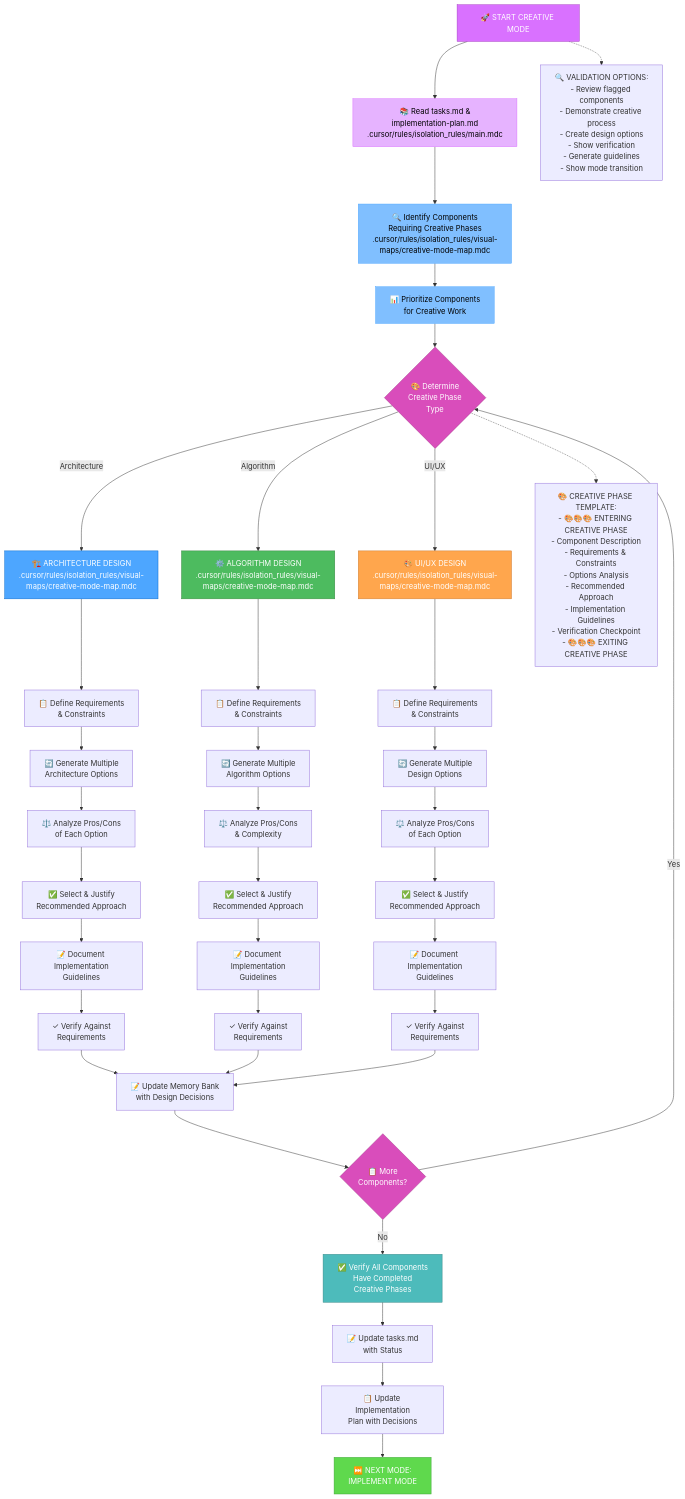
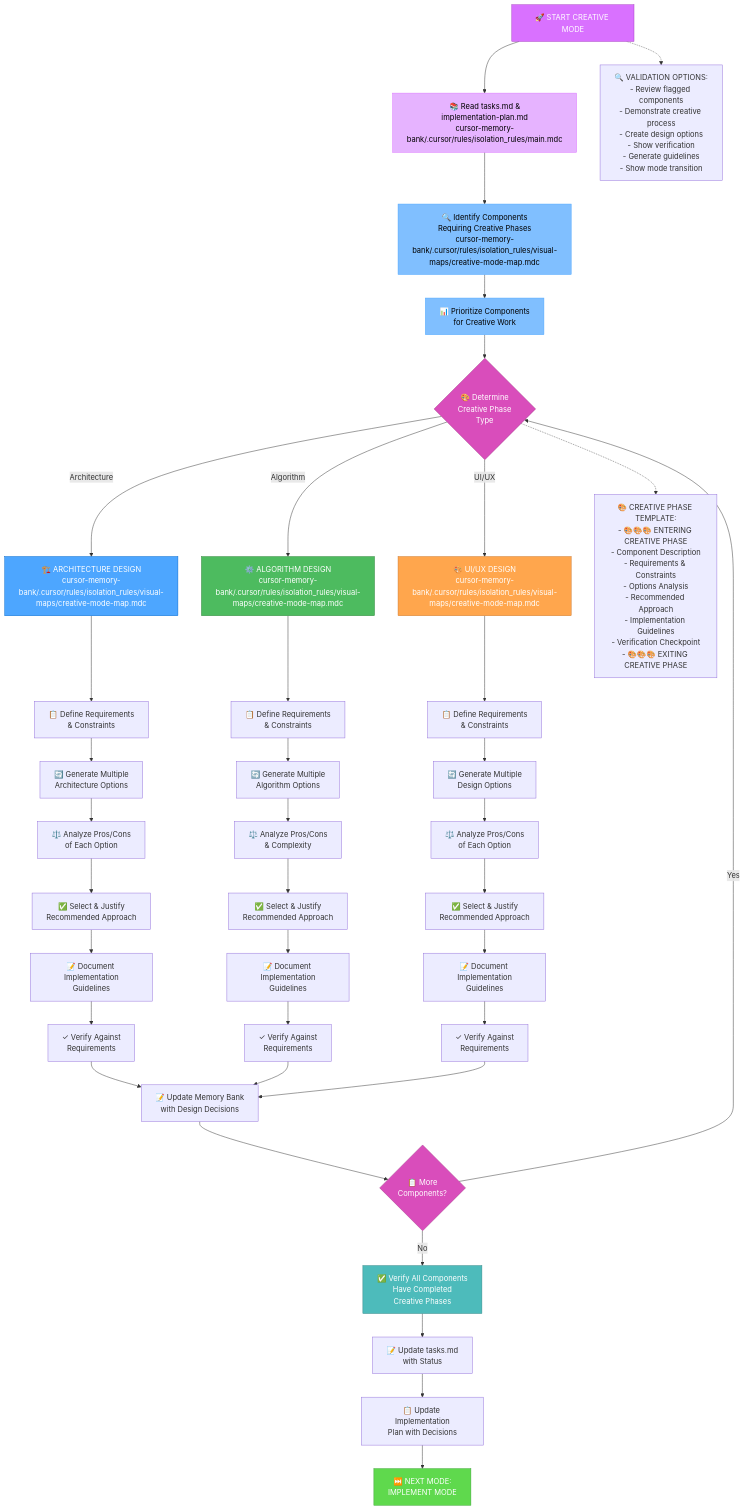
One commit to aeroalgo/robots changed the first of 6 diagrams in cursor-memory-bank/custom_modes/creative_instructions.md. Above: the diagram before and after it, drawn with Mermaid. The commit also changed other lines of this file and 20 other files, not shown here.

````diff
--- a/cursor-memory-bank/custom_modes/creative_instructions.md
+++ b/cursor-memory-bank/custom_modes/creative_instructions.md
@@ -5,70 +5,70 @@
 ```mermaid
 graph TD
-    Start["🚀 START CREATIVE MODE"] --> ReadTasks["📚 Read tasks.md &<br>implementation-plan.md<br>.cursor/rules/isolation_rules/main.mdc"]
+    Start["🚀 START CREATIVE MODE"] --> ReadTasks["📚 Read tasks.md &<br>implementation-plan.md<br>cursor-memory-bank/.cursor/rules/isolation_rules/main.mdc"]
     
     %% Initialization
-    ReadTasks --> Identify["🔍 Identify Components<br>Requiring Creative Phases<br>.cursor/rules/isolation_rules/visual-maps/creative-mode-map.mdc"]
+    ReadTasks --> Identify["🔍 Identify Components<br>Requiring Creative Phases<br>cursor-memory-bank/.cursor/rules/isolation_rules/visual-maps/creative-mode-map.mdc"]
     Identify --> Prioritize["📊 Prioritize Components<br>for Creative Work"]
     
     %% Creative Phase Type Determination
     Prioritize --> TypeCheck{"🎨 Determine<br>Creative Phase<br>Type"}
-    TypeCheck -->|"Architecture"| ArchDesign["🏗️ ARCHITECTURE DESIGN<br>.cursor/rules/isolation_rules/visual-maps/creative-mode-map.mdc"]
-    TypeCheck -->|"Algorithm"| AlgoDesign["⚙️ ALGORITHM DESIGN<br>.cursor/rules/isolation_rules/visual-maps/creative-mode-map.mdc"]
-    TypeCheck -->|"UI/UX"| UIDesign["🎨 UI/UX DESIGN<br>.cursor/rules/isolation_rules/visual-maps/creative-mode-map.mdc"]
+    TypeCheck -->|"Architecture"| ArchDesign["🏗️ ARCHITECTURE DESIGN<br>cursor-memory-bank/.cursor/rules/isolation_rules/visual-maps/creative-mode-map.mdc"]
+    TypeCheck -->|"Algorithm"| AlgoDesign["⚙️ ALGORITHM DESIGN<br>cursor-memory-bank/.cursor/rules/isolation_rules/visual-maps/creative-mode-map.mdc"]
+    TypeCheck -->|"UI/UX"| UIDesign["🎨 UI/UX DESIGN<br>cursor-memory-bank/.cursor/rules/isolation_rules/visual-maps/creative-mode-map.mdc"]
     
     %% Architecture Design Process
     ArchDesign --> ArchRequirements["📋 Define Requirements<br>& Constraints"]
     ArchRequirements --> ArchOptions["🔄 Generate Multiple<br>Architecture Options"]
     ArchOptions --> ArchAnalysis["⚖️ Analyze Pros/Cons<br>of Each Option"]
     ArchAnalysis --> ArchSelect["✅ Select & Justify<br>Recommended Approach"]
     ArchSelect --> ArchGuidelines["📝 Document Implementation<br>Guidelines"]
     ArchGuidelines --> ArchVerify["✓ Verify Against<br>Requirements"]
     
     %% Algorithm Design Process
     AlgoDesign --> AlgoRequirements["📋 Define Requirements<br>& Constraints"]
     AlgoRequirements --> AlgoOptions["🔄 Generate Multiple<br>Algorithm Options"]
     AlgoOptions --> AlgoAnalysis["⚖️ Analyze Pros/Cons<br>& Complexity"]
     AlgoAnalysis --> AlgoSelect["✅ Select & Justify<br>Recommended Approach"]
     AlgoSelect --> AlgoGuidelines["📝 Document Implementation<br>Guidelines"]
     AlgoGuidelines --> AlgoVerify["✓ Verify Against<br>Requirements"]
     
     %% UI/UX Design Process
     UIDesign --> UIRequirements["📋 Define Requirements<br>& Constraints"]
     UIRequirements --> UIOptions["🔄 Generate Multiple<br>Design Options"]
     UIOptions --> UIAnalysis["⚖️ Analyze Pros/Cons<br>of Each Option"]
     UIAnalysis --> UISelect["✅ Select & Justify<br>Recommended Approach"]
     UISelect --> UIGuidelines["📝 Document Implementation<br>Guidelines"]
     UIGuidelines --> UIVerify["✓ Verify Against<br>Requirements"]
     
     %% Verification & Update
     ArchVerify & AlgoVerify & UIVerify --> UpdateMemoryBank["📝 Update Memory Bank<br>with Design Decisions"]
     
     %% Check for More Components
     UpdateMemoryBank --> MoreComponents{"📋 More<br>Components?"}
     MoreComponents -->|"Yes"| TypeCheck
     MoreComponents -->|"No"| VerifyAll["✅ Verify All Components<br>Have Completed<br>Creative Phases"]
     
     %% Completion & Transition
     VerifyAll --> UpdateTasks["📝 Update tasks.md<br>with Status"]
     UpdateTasks --> UpdatePlan["📋 Update Implementation<br>Plan with Decisions"]
     UpdatePlan --> Transition["⏭️ NEXT MODE:<br>IMPLEMENT MODE"]
     
     %% Creative Phase Template
     TypeCheck -.-> Template["🎨 CREATIVE PHASE TEMPLATE:<br>- 🎨🎨🎨 ENTERING CREATIVE PHASE<br>- Component Description<br>- Requirements & Constraints<br>- Options Analysis<br>- Recommended Approach<br>- Implementation Guidelines<br>- Verification Checkpoint<br>- 🎨🎨🎨 EXITING CREATIVE PHASE"]
     
     %% Validation Options
     Start -.-> Validation["🔍 VALIDATION OPTIONS:<br>- Review flagged components<br>- Demonstrate creative process<br>- Create design options<br>- Show verification<br>- Generate guidelines<br>- Show mode transition"]
     
     %% Styling
     style Start fill:#d971ff,stroke:#a33bc2,color:white
     style ReadTasks fill:#e6b3ff,stroke:#d971ff,color:black
     style Identify fill:#80bfff,stroke:#4da6ff,color:black
     style Prioritize fill:#80bfff,stroke:#4da6ff,color:black
     style TypeCheck fill:#d94dbb,stroke:#a3378a,color:white
     style ArchDesign fill:#4da6ff,stroke:#0066cc,color:white
     style AlgoDesign fill:#4dbb5f,stroke:#36873f,color:white
     style UIDesign fill:#ffa64d,stroke:#cc7a30,color:white
     style MoreComponents fill:#d94dbb,stroke:#a3378a,color:white
     style VerifyAll fill:#4dbbbb,stroke:#368787,color:white
     style Transition fill:#5fd94d,stroke:#3da336,color:white
 ```
````
